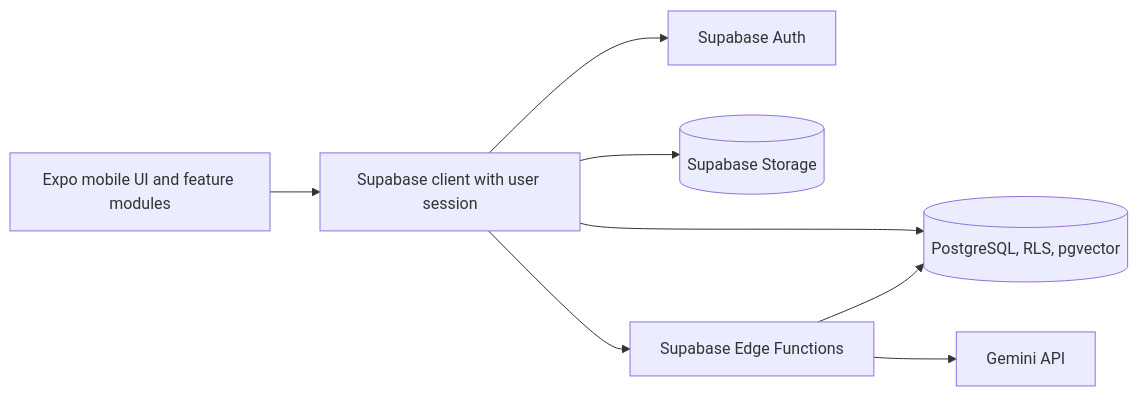
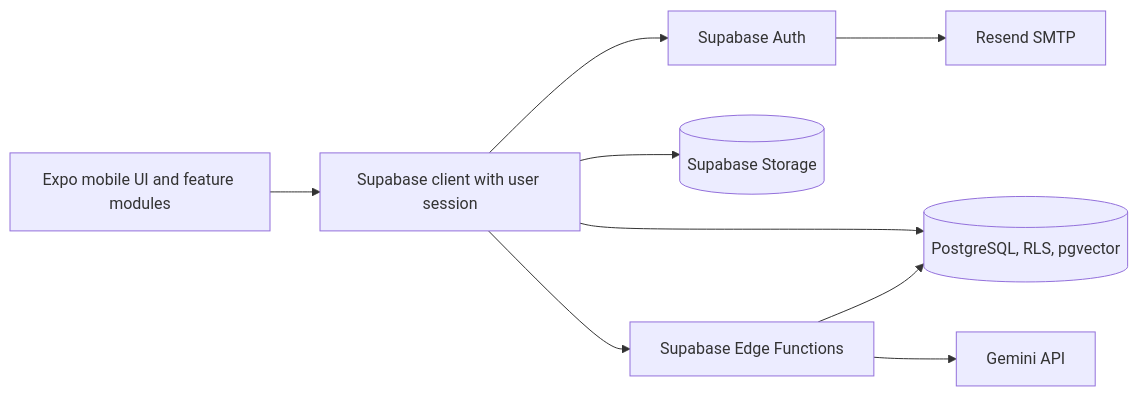
One commit to cdoyelle/Projet-IA changed the first of 2 diagrams in _bmad-output/planning-artifacts/architecture/architecture-GDU_TaskFlow-2026-11-02/ARCHITECTURE-SPINE.md. Above: the diagram before and after it, drawn with Mermaid. The commit also changed other lines of this file and 9 other files, not shown here.

````diff
--- a/_bmad-output/planning-artifacts/architecture/architecture-GDU_TaskFlow-2026-11-02/ARCHITECTURE-SPINE.md
+++ b/_bmad-output/planning-artifacts/architecture/architecture-GDU_TaskFlow-2026-11-02/ARCHITECTURE-SPINE.md
@@ -132,10 +138,11 @@
 ```mermaid
 flowchart LR
   Mobile[Expo mobile UI and feature modules] --> SupabaseClient[Supabase client with user session]
   SupabaseClient --> Auth[Supabase Auth]
+  Auth --> Resend[Resend SMTP]
   SupabaseClient --> DB[(PostgreSQL, RLS, pgvector)]
   SupabaseClient --> Storage[(Supabase Storage)]
   SupabaseClient --> Edge[Supabase Edge Functions]
   Edge --> DB
   Edge --> Gemini[Gemini API]
 ```
````
